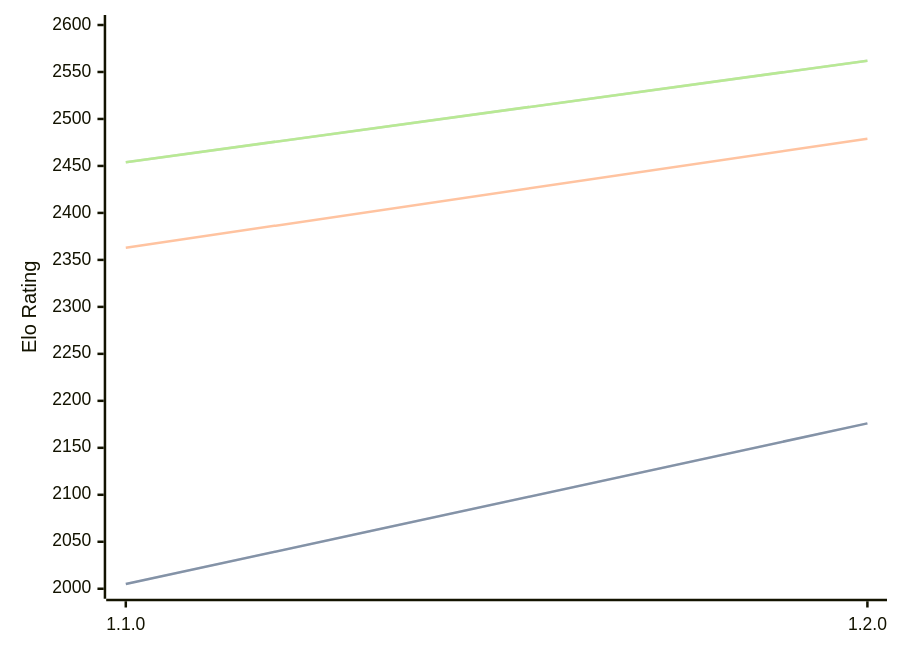
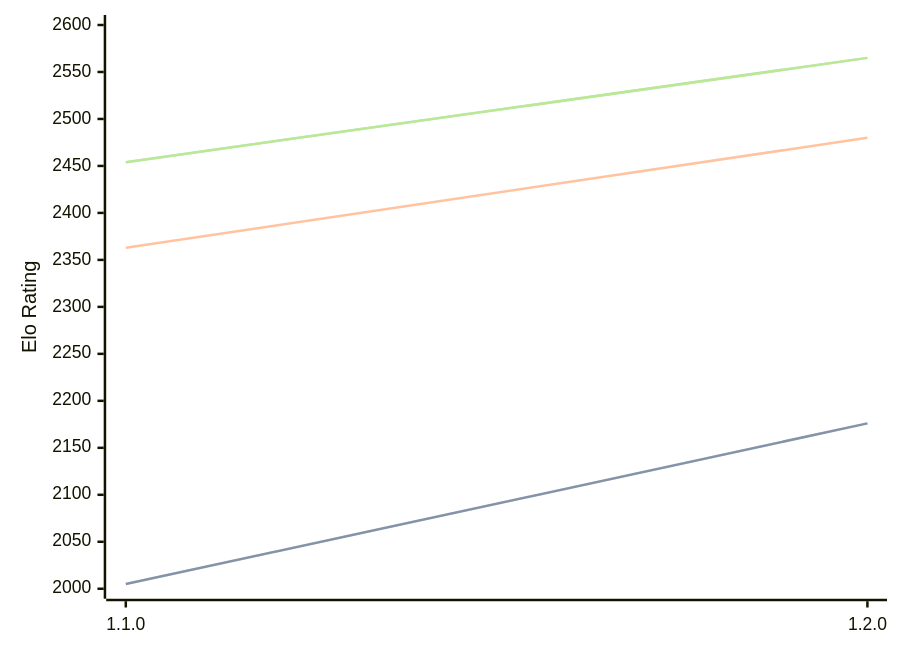
The diagram in engines/Gyatso.md (computer-chess-index/cci), drawn with Mermaid before and after one commit. The commit also changed other lines of this file, not shown here.

Commit message:
Update CCI Ratings (ELO VLTC) - 2026-02-18

````diff
--- a/engines/Gyatso.md
+++ b/engines/Gyatso.md
@@ -30,11 +30,11 @@
 ```mermaid
 %%{init: {"theme":"base","themeVariables":{"seriesColors:['#a3a3a3','#222221','#faa371']}}}%%
 xychart-beta
   x-axis ["1.1.0", "1.2.0"]
   y-axis "Elo Rating" 2000 --> 2600
   line "STC (8.0+0.08s)" [2005, 2176]
   line "STC (8.0+0.08s)" [2005, 2176]
-  line "LTC (60.0+0.60s)" [2363, 2479]
-  line "VLTC (2m24s+1.12s)" [2454, 2562]
-  line "VLTC (2m24s+1.12s)" [2454, 2562]
+  line "LTC (60.0+0.60s)" [2363, 2480]
+  line "VLTC (2m24s+1.12s)" [2454, 2565]
+  line "VLTC (2m24s+1.12s)" [2454, 2565]
 ```
````
